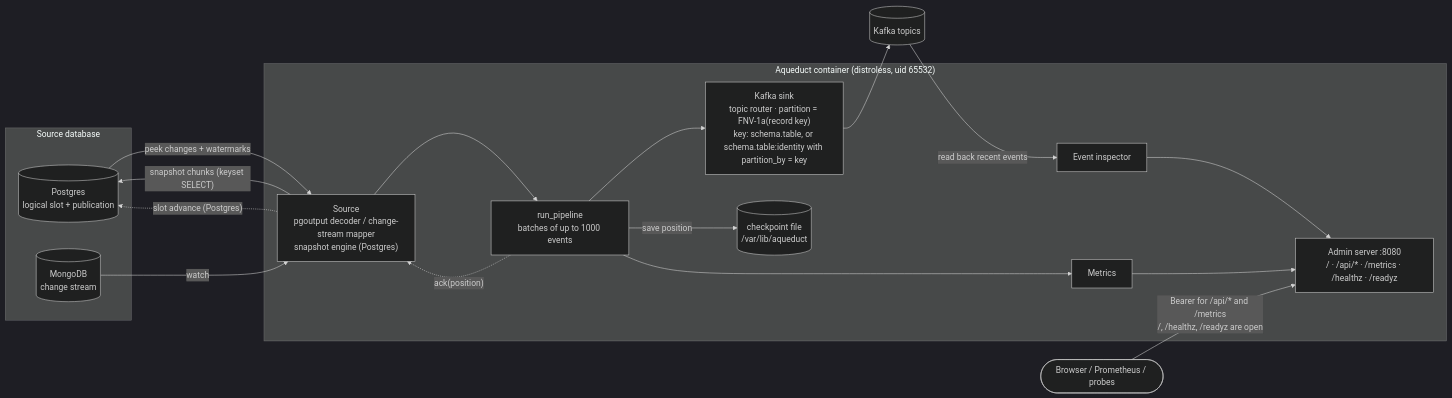
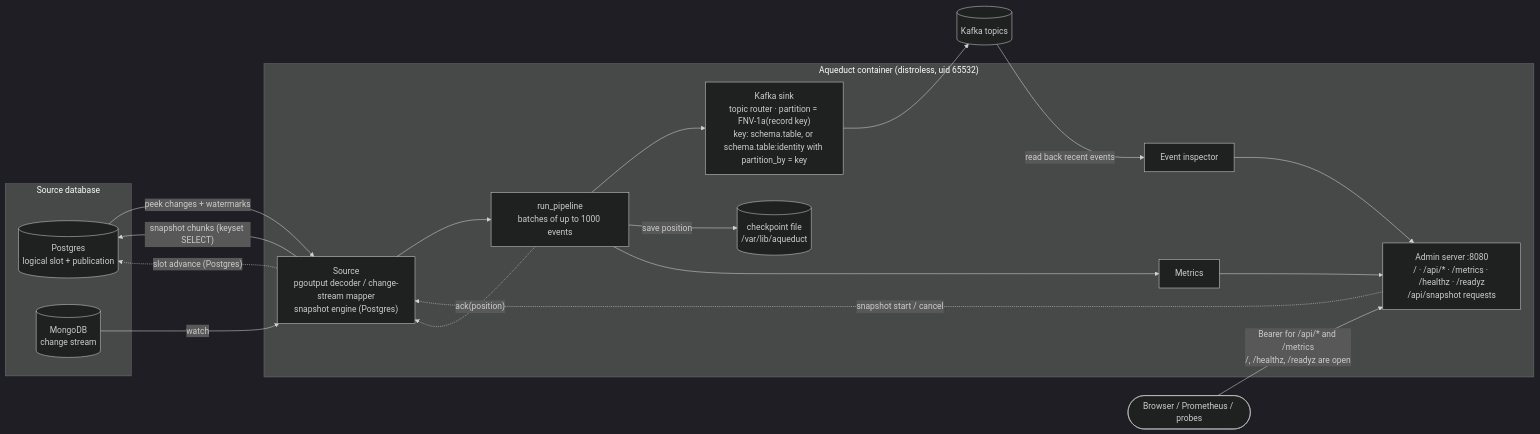
The first of 3 diagrams in README.md (yarncraft/aqueduct), drawn with Mermaid (dark theme) before and after one commit. The commit also changed other lines of this file and 10 other files, not shown here.

First line of the commit message:
feat(snapshots): start, check and cancel a snapshot over the admin API (#75) (#128)

````diff
--- a/README.md
+++ b/README.md
@@ -18,31 +18,32 @@
 ```mermaid
 flowchart LR
     subgraph db["Source database"]
         PG[("Postgres<br/>logical slot + publication")]
         MG[("MongoDB<br/>change stream")]
     end
 
     subgraph aq["Aqueduct container (distroless, uid 65532)"]
         SRC["Source<br/>pgoutput decoder / change-stream mapper<br/>snapshot engine (Postgres)"]
         PIPE["run_pipeline<br/>batches of up to 1000 events"]
         SINK["Kafka sink<br/>topic router · partition = FNV-1a(record key)<br/>key: schema.table, or schema.table:identity with partition_by = key"]
         CK[("checkpoint file<br/>/var/lib/aqueduct")]
         MET["Metrics"]
-        ADM["Admin server :8080<br/>/ · /api/* · /metrics · /healthz · /readyz"]
+        ADM["Admin server :8080<br/>/ · /api/* · /metrics · /healthz · /readyz<br/>/api/snapshot requests"]
         INS["Event inspector"]
     end
 
     K[("Kafka topics")]
     U(["Browser / Prometheus / probes"])
 
     PG -- "peek changes + watermarks" --> SRC
     SRC -- "snapshot chunks (keyset SELECT)" --> PG
     MG -- "watch" --> SRC
     SRC --> PIPE --> SINK --> K
     PIPE -- "save position" --> CK
     PIPE -. "ack(position)" .-> SRC
     SRC -. "slot advance (Postgres)" .-> PG
     PIPE --> MET --> ADM
+    ADM -. "snapshot start / cancel" .-> SRC
     K -- "read back recent events" --> INS --> ADM
     U -- "Bearer for /api/* and /metrics<br/>/, /healthz, /readyz are open" --> ADM
 ```
````
